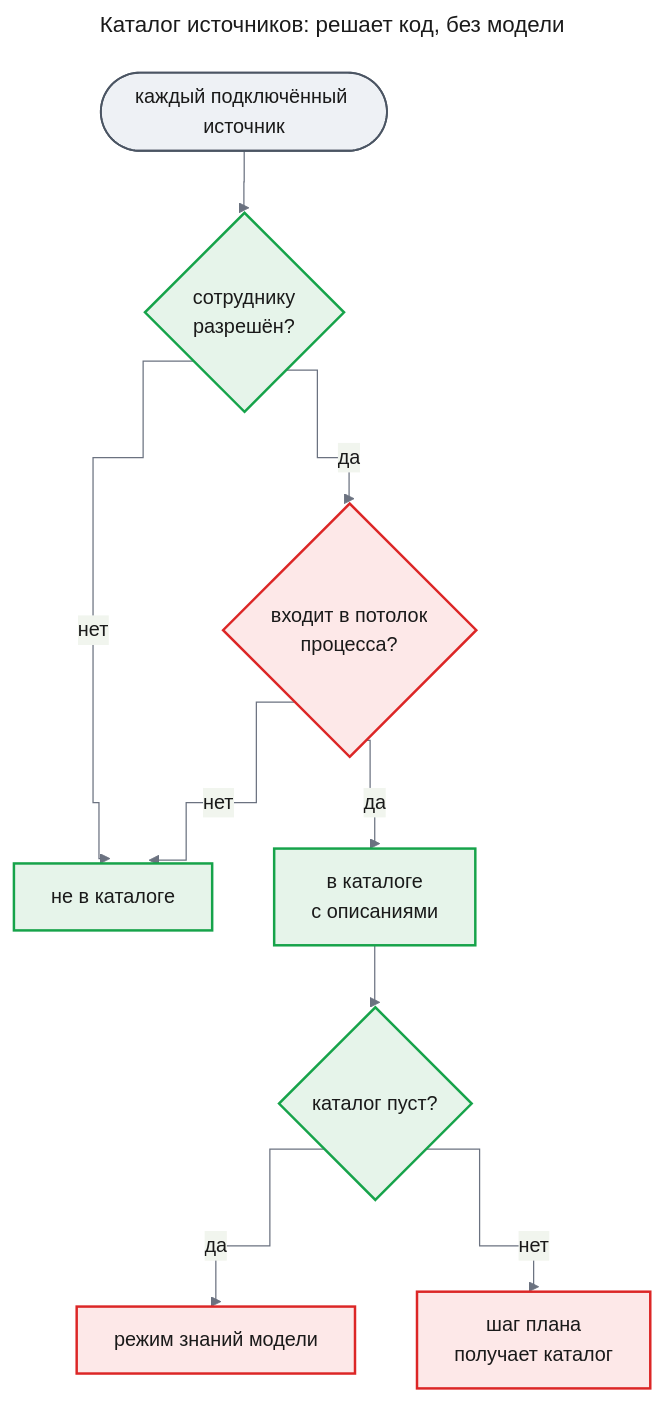
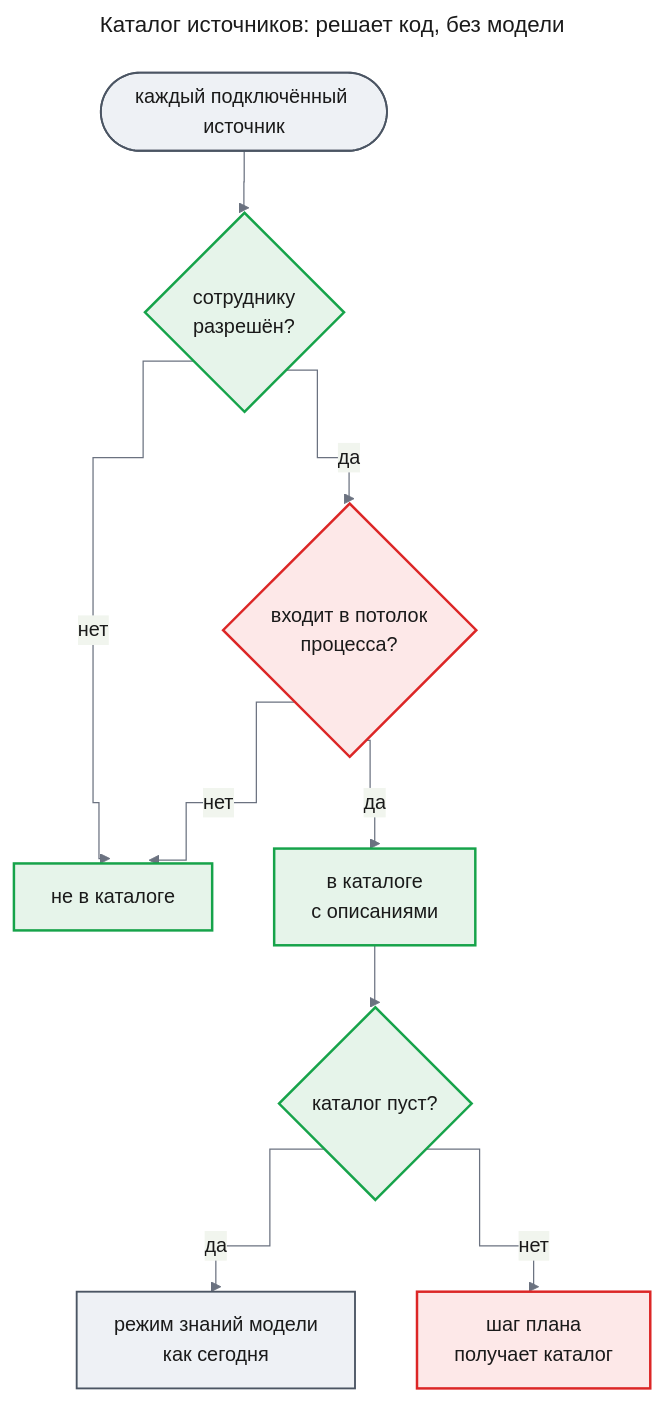
One commit to tundraray/agent-os changed the fourth of 7 diagrams in docs/features/source-planning/prd.md. Above: the diagram before and after it, drawn with Mermaid. The commit also changed other lines of this file, not shown here.

````diff
--- a/docs/features/source-planning/prd.md
+++ b/docs/features/source-planning/prd.md
@@ -212,38 +235,38 @@
 ```mermaid
 ---
 title: "Каталог источников: решает код, без модели"
 config:
   theme: base
   look: classic
   themeVariables:
     primaryColor: "#eef1f5"
     primaryBorderColor: "#4b5563"
     primaryTextColor: "#1a1a1a"
     lineColor: "#6b7280"
   flowchart:
     curve: step
 ---
 flowchart TB
     src(["каждый подключённый источник"])
     q1{"сотруднику<br/>разрешён?"}
     q2{"входит в потолок<br/>процесса?"}
     out["не в каталоге"]
     cat["в каталоге<br/>с описаниями"]
     q3{"каталог пуст?"}
-    mk["режим знаний модели"]
+    mk["режим знаний модели<br/>как сегодня"]
     plan["шаг плана<br/>получает каталог"]
     src --> q1
     q1 -->|"нет"| out
     q1 -->|"да"| q2
     q2 -->|"нет"| out
     q2 -->|"да"| cat
     cat --> q3
     q3 -->|"да"| mk
     q3 -->|"нет"| plan
     classDef new fill:#e6f4ea,stroke:#16a34a,stroke-width:2px,color:#1a1a1a
     classDef changed fill:#fde8e8,stroke:#dc2626,stroke-width:2px,color:#1a1a1a
     classDef unchanged fill:#eef1f5,stroke:#4b5563,stroke-width:1.5px,color:#1a1a1a
     class q1,out,cat,q3 new
-    class q2,mk,plan changed
-    class src unchanged
+    class q2,plan changed
+    class src,mk unchanged
 ```
````
